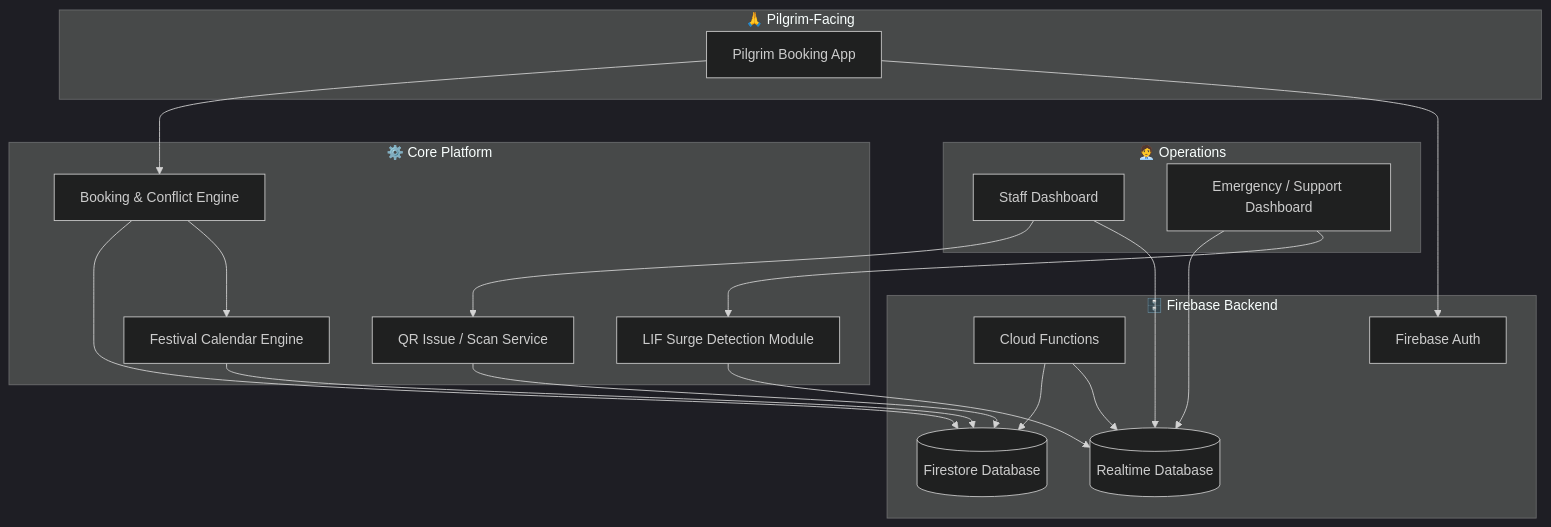
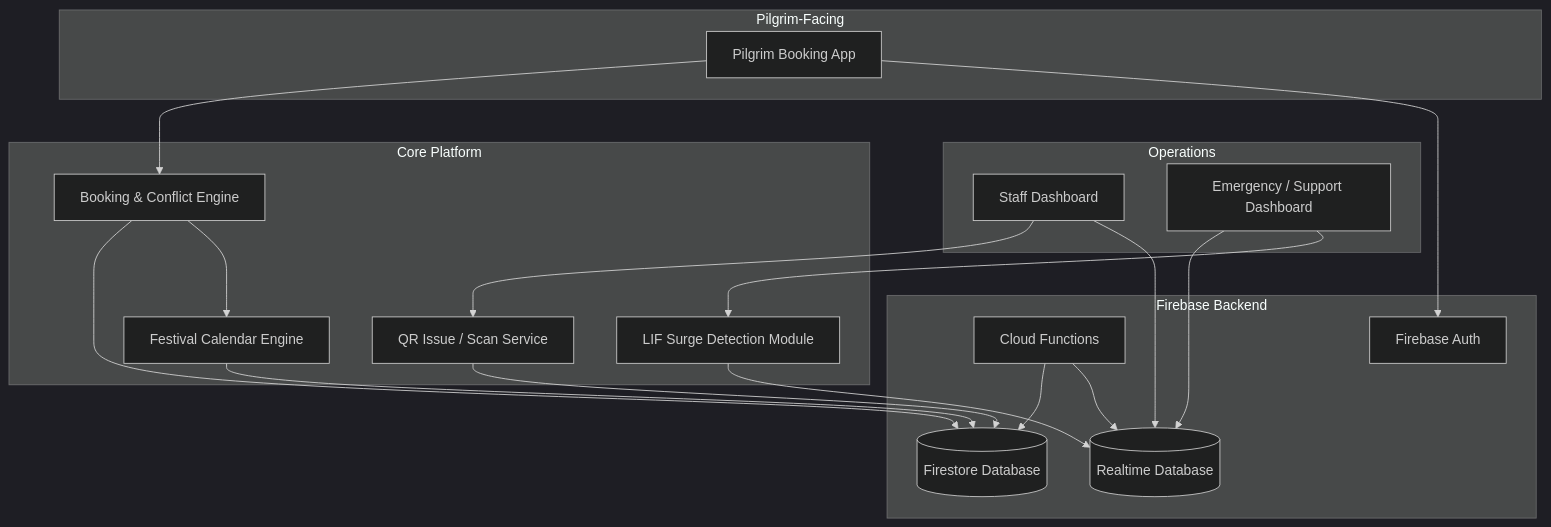
Before and after one commit to caliancodess20/Trinetra-The-Third-Eye-of-Intelligent-Protection.: the first of 4 diagrams in README.md, drawn with Mermaid (dark theme). The commit also changed other lines of this file, not shown here.

Commit message:
Revise README for clarity and accuracy
Updated README with clearer instructions and contact information.

````diff
--- a/README.md
+++ b/README.md
@@ -134,36 +132,36 @@
 ```mermaid
 flowchart TB
-    subgraph PIL["🙏 Pilgrim-Facing"]
+    subgraph PIL[" Pilgrim-Facing"]
         A["Pilgrim Booking App"]
     end
-    subgraph OPS["🧑‍💼 Operations"]
+    subgraph OPS[" Operations"]
         B["Staff Dashboard"]
         C["Emergency / Support Dashboard"]
     end
-    subgraph CORE["⚙️ Core Platform"]
+    subgraph CORE[" Core Platform"]
         D["Booking & Conflict Engine"]
         E["QR Issue / Scan Service"]
         F["LIF Surge Detection Module"]
         G["Festival Calendar Engine"]
     end
-    subgraph DATA["🗄️ Firebase Backend"]
+    subgraph DATA[" Firebase Backend"]
         H[("Firestore Database")]
         I[("Realtime Database")]
         J["Cloud Functions"]
         K["Firebase Auth"]
     end
 
     A --> D
     A --> K
     B --> E
     B --> I
     C --> I
     C --> F
     D --> H
     D --> G
     E --> H
     F --> I
     G --> H
     J --> H
     J --> I
 ```
````
